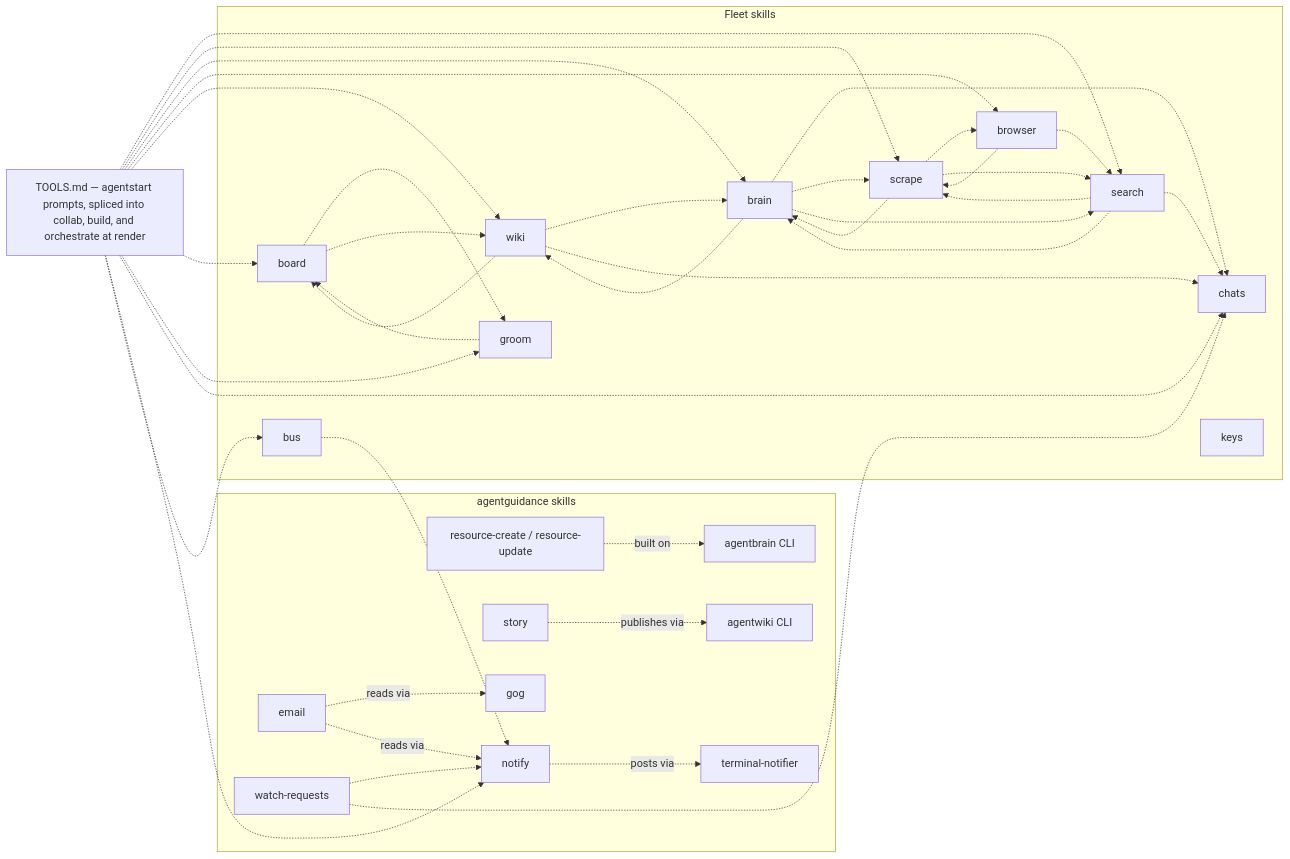
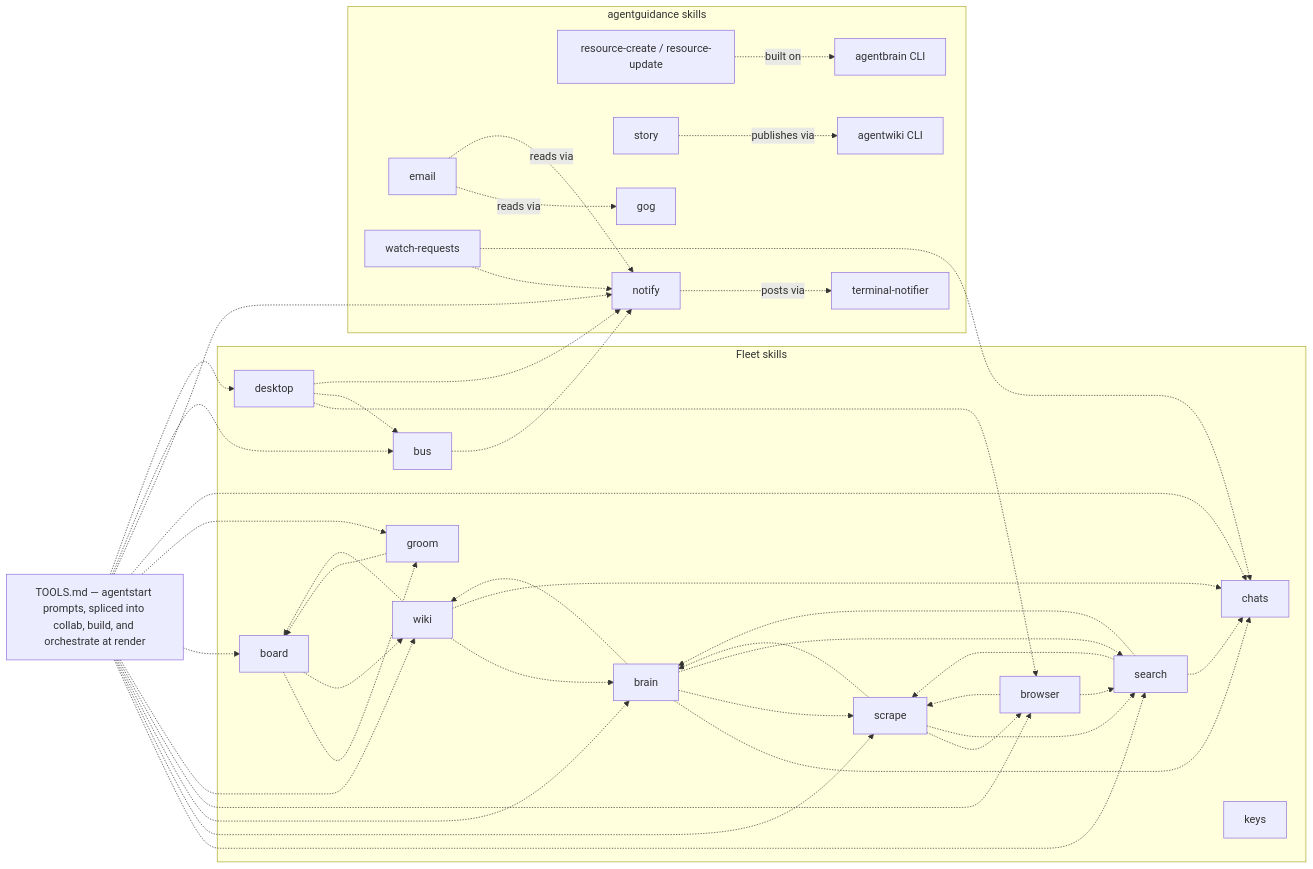
Before and after one commit to possibilities/agentdots: the third of 3 diagrams in skills/fleet/MAP.md, drawn with Mermaid. The commit also changed other lines of this file and 4 other files, not shown here.

````diff
--- a/skills/fleet/MAP.md
+++ b/skills/fleet/MAP.md
@@ -102,28 +102,30 @@
 ```mermaid
 flowchart LR
     subgraph fleetSkills [Fleet skills]
         board -.-> groom & wiki
         groom -.-> board
         brain -.-> chats & scrape & search & wiki
         scrape -.-> brain & browser & search
         search -.-> brain & chats & scrape
         browser -.-> scrape & search
         wiki -.-> board & brain & chats
+        desktop -.-> browser & bus
         chats
         keys
         bus
     end
 
     subgraph guidanceSkills [agentguidance skills]
         resource[resource-create / resource-update] -.->|built on| brainCli[agentbrain CLI]
         story -.->|publishes via| wikiCli[agentwiki CLI]
         notify -.->|posts via| notifierCli[terminal-notifier]
         email -.->|reads via| gogCli[gog] & notify
         watchRequests[watch-requests] -.-> notify
     end
 
     watchRequests -.-> chats
     bus -.-> notify
+    desktop -.-> notify
 
-    tools[TOOLS.md — agentstart prompts, spliced into collab, build, and orchestrate at render] -.-> search & scrape & brain & browser & wiki & board & groom & chats & notify & bus
+    tools[TOOLS.md — agentstart prompts, spliced into collab, build, and orchestrate at render] -.-> search & scrape & brain & browser & wiki & board & groom & chats & notify & bus & desktop
 ```
````
